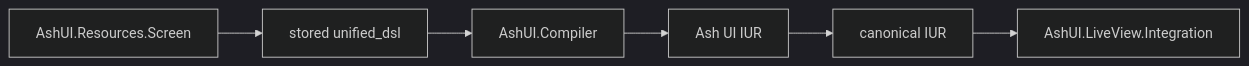
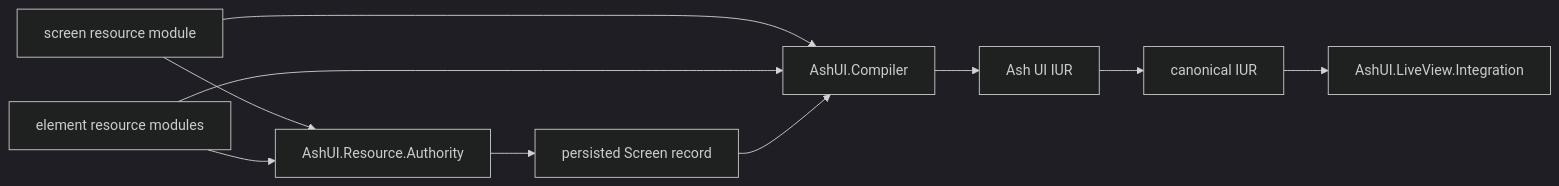
The diagram in guides/user/UG-0001-getting-started.md (The-Metagraph/ash_ui), drawn with Mermaid (dark theme) before and after one commit. The commit also changed other lines of this file and 7 other files, not shown here.

````diff
--- a/guides/user/UG-0001-getting-started.md
+++ b/guides/user/UG-0001-getting-started.md
@@ -40,15 +41,21 @@
 ```mermaid
 flowchart LR
-    Screen["AshUI.Resources.Screen"]
-    DSL["stored unified_dsl"]
+    Screen["screen resource module"]
+    Elements["element resource modules"]
+    Authority["AshUI.Resource.Authority"]
+    Persisted["persisted Screen record"]
     Compiler["AshUI.Compiler"]
     IUR["Ash UI IUR"]
     Canonical["canonical IUR"]
     Runtime["AshUI.LiveView.Integration"]
 
-    Screen --> DSL
-    DSL --> Compiler
+    Screen --> Authority
+    Elements --> Authority
+    Authority --> Persisted
+    Screen --> Compiler
+    Elements --> Compiler
+    Persisted --> Compiler
     Compiler --> IUR
     IUR --> Canonical
     Canonical --> Runtime
 ```
````
